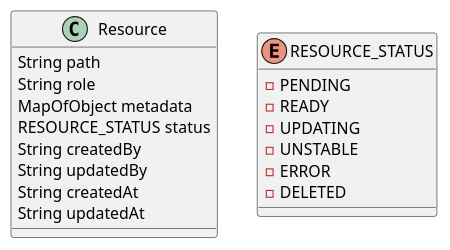
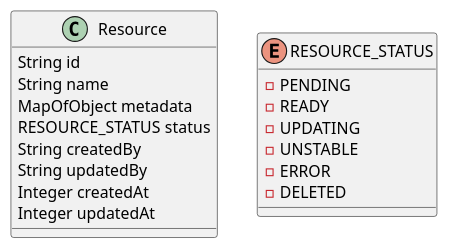
One commit to kathra-project/specifications changed the diagram in Use cases/Resource/model.puml. Above: the diagram before and after it, drawn with PlantUML. The commit also changed 26 other files, not shown here.

```diff
--- a/Use cases/Resource/model.puml
+++ b/Use cases/Resource/model.puml
@@ -1,23 +1,23 @@
 @startuml
 
 class  Resource {
-  String path
-  String role
+  String id
+  String name
   MapOfObject metadata
   RESOURCE_STATUS status
   String createdBy
   String updatedBy
-  String createdAt
-  String updatedAt
+  Integer createdAt
+  Integer updatedAt
 }
 
 enum RESOURCE_STATUS {
          - PENDING
          - READY
          - UPDATING
          - UNSTABLE
          - ERROR
          - DELETED
 }
 
 @enduml
```
